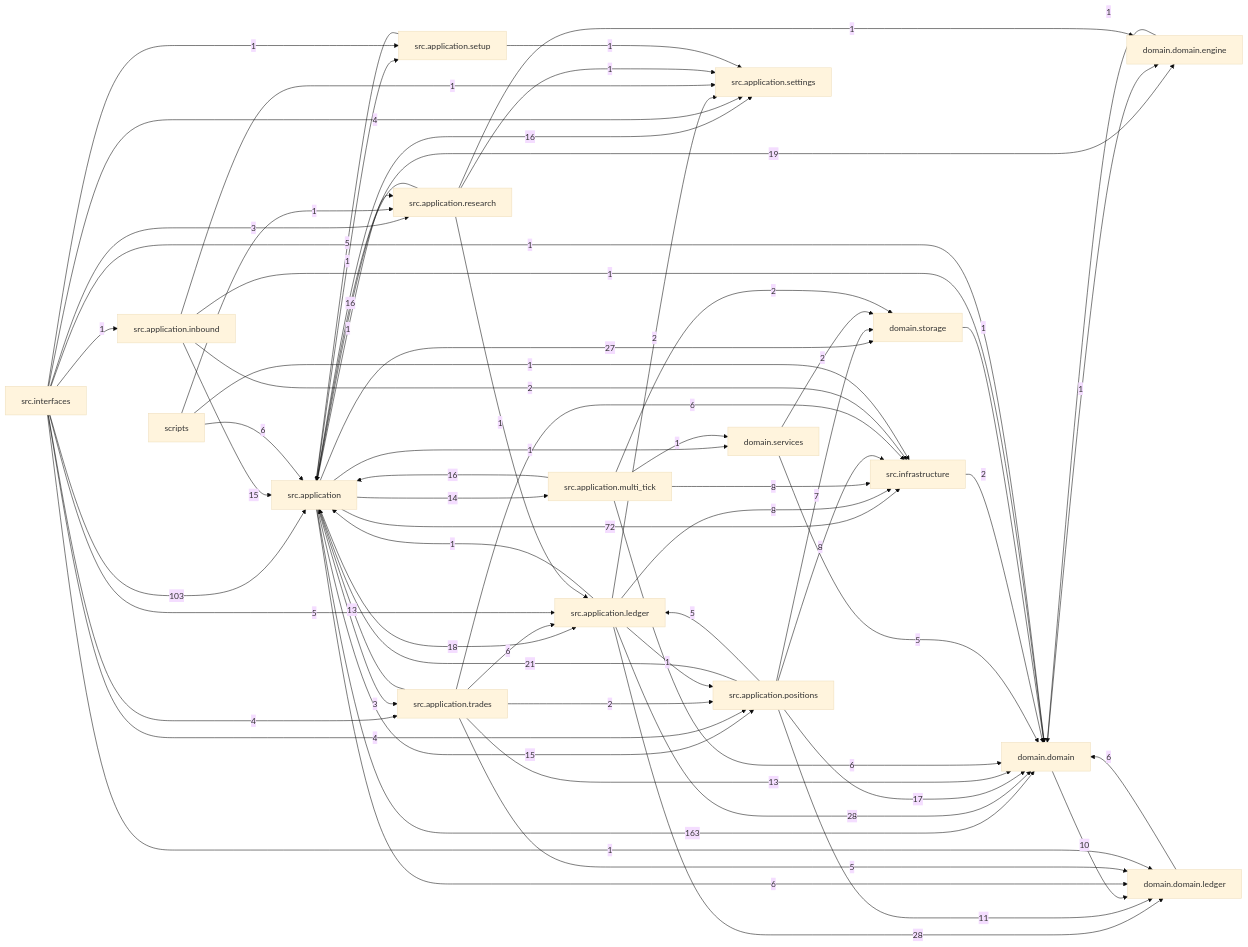
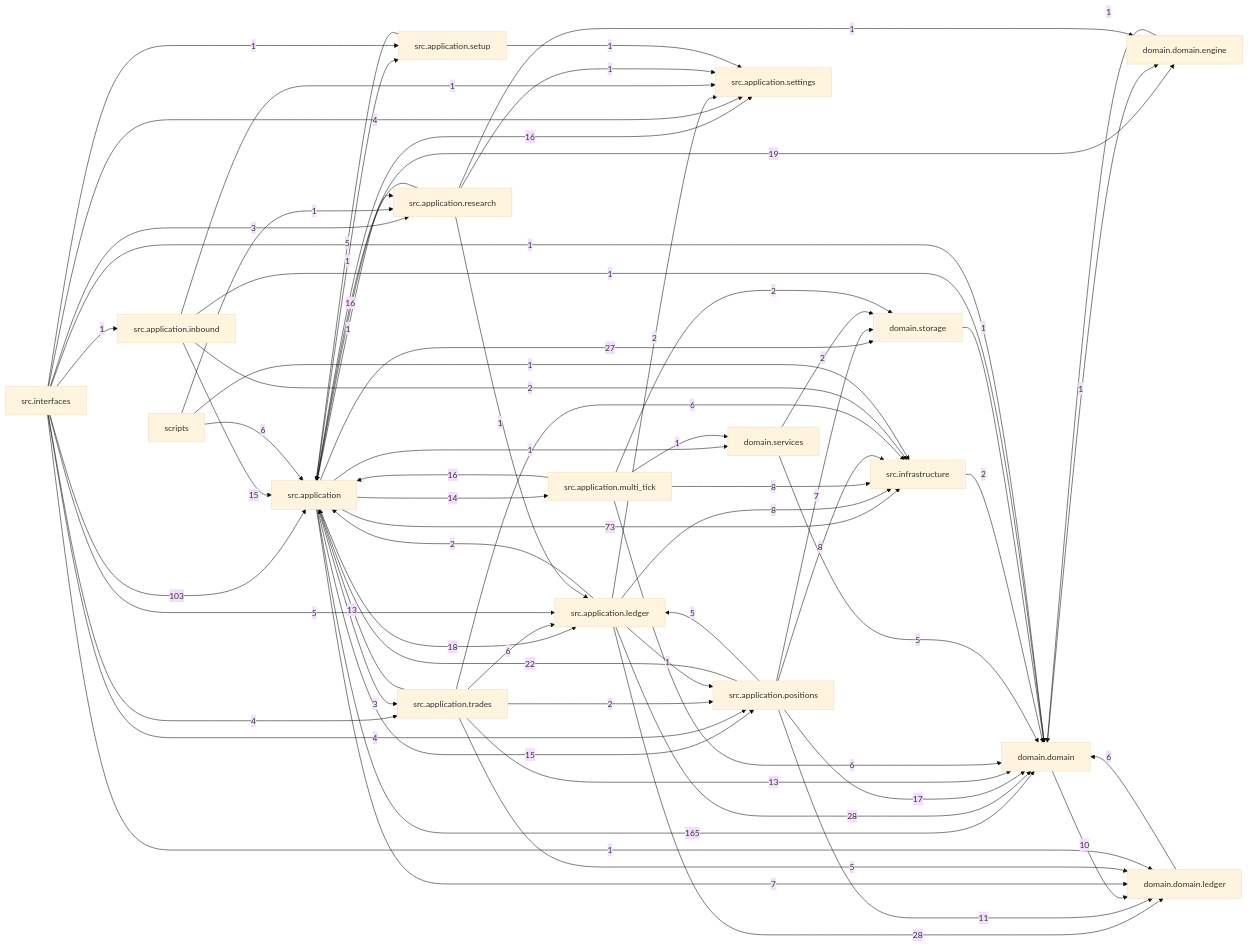
Before and after one commit to liuxie066/options-monitor: the diagram in docs/dependency_graph.mmd, drawn with Mermaid (base theme). The commit also changed 15 other files, not shown here.

```diff
--- a/docs/dependency_graph.mmd
+++ b/docs/dependency_graph.mmd
@@ -1,68 +1,68 @@
 flowchart LR
-  src_application["src.application"] -->|163| domain_domain["domain.domain"]
+  src_application["src.application"] -->|165| domain_domain["domain.domain"]
   src_interfaces["src.interfaces"] -->|103| src_application["src.application"]
-  src_application["src.application"] -->|72| src_infrastructure["src.infrastructure"]
+  src_application["src.application"] -->|73| src_infrastructure["src.infrastructure"]
   src_application_ledger["src.application.ledger"] -->|28| domain_domain["domain.domain"]
   src_application_ledger["src.application.ledger"] -->|28| domain_domain_ledger["domain.domain.ledger"]
   src_application["src.application"] -->|27| domain_storage["domain.storage"]
-  src_application_positions["src.application.positions"] -->|21| src_application["src.application"]
+  src_application_positions["src.application.positions"] -->|22| src_application["src.application"]
   src_application["src.application"] -->|19| domain_domain_engine["domain.domain.engine"]
   src_application["src.application"] -->|18| src_application_ledger["src.application.ledger"]
   src_application_positions["src.application.positions"] -->|17| domain_domain["domain.domain"]
   src_application["src.application"] -->|16| src_application_settings["src.application.settings"]
   src_application_multi_tick["src.application.multi_tick"] -->|16| src_application["src.application"]
   src_application_research["src.application.research"] -->|16| src_application["src.application"]
   src_application["src.application"] -->|15| src_application_positions["src.application.positions"]
   src_application_inbound["src.application.inbound"] -->|15| src_application["src.application"]
   src_application["src.application"] -->|14| src_application_multi_tick["src.application.multi_tick"]
   src_application_trades["src.application.trades"] -->|13| domain_domain["domain.domain"]
   src_application_trades["src.application.trades"] -->|13| src_application["src.application"]
   src_application_positions["src.application.positions"] -->|11| domain_domain_ledger["domain.domain.ledger"]
   domain_domain["domain.domain"] -->|10| domain_domain_ledger["domain.domain.ledger"]
   src_application_ledger["src.application.ledger"] -->|8| src_infrastructure["src.infrastructure"]
   src_application_multi_tick["src.application.multi_tick"] -->|8| src_infrastructure["src.infrastructure"]
   src_application_positions["src.application.positions"] -->|8| src_infrastructure["src.infrastructure"]
+  src_application["src.application"] -->|7| domain_domain_ledger["domain.domain.ledger"]
   src_application_positions["src.application.positions"] -->|7| domain_storage["domain.storage"]
   domain_domain_ledger["domain.domain.ledger"] -->|6| domain_domain["domain.domain"]
   scripts["scripts"] -->|6| src_application["src.application"]
-  src_application["src.application"] -->|6| domain_domain_ledger["domain.domain.ledger"]
   src_application_multi_tick["src.application.multi_tick"] -->|6| domain_domain["domain.domain"]
   src_application_trades["src.application.trades"] -->|6| src_application_ledger["src.application.ledger"]
   src_application_trades["src.application.trades"] -->|6| src_infrastructure["src.infrastructure"]
   domain_services["domain.services"] -->|5| domain_domain["domain.domain"]
   src_application_positions["src.application.positions"] -->|5| src_application_ledger["src.application.ledger"]
   src_application_setup["src.application.setup"] -->|5| src_application["src.application"]
   src_application_trades["src.application.trades"] -->|5| domain_domain_ledger["domain.domain.ledger"]
   src_interfaces["src.interfaces"] -->|5| src_application_ledger["src.application.ledger"]
   src_interfaces["src.interfaces"] -->|4| src_application_positions["src.application.positions"]
   src_interfaces["src.interfaces"] -->|4| src_application_settings["src.application.settings"]
   src_interfaces["src.interfaces"] -->|4| src_application_trades["src.application.trades"]
   src_application["src.application"] -->|3| src_application_trades["src.application.trades"]
   src_interfaces["src.interfaces"] -->|3| src_application_research["src.application.research"]
   domain_services["domain.services"] -->|2| domain_storage["domain.storage"]
   src_application_inbound["src.application.inbound"] -->|2| src_infrastructure["src.infrastructure"]
+  src_application_ledger["src.application.ledger"] -->|2| src_application["src.application"]
   src_application_ledger["src.application.ledger"] -->|2| src_application_settings["src.application.settings"]
   src_application_multi_tick["src.application.multi_tick"] -->|2| domain_storage["domain.storage"]
   src_application_trades["src.application.trades"] -->|2| src_application_positions["src.application.positions"]
   src_infrastructure["src.infrastructure"] -->|2| domain_domain["domain.domain"]
   domain_domain["domain.domain"] -->|1| domain_domain_engine["domain.domain.engine"]
   domain_domain_engine["domain.domain.engine"] -->|1| domain_domain["domain.domain"]
   domain_storage["domain.storage"] -->|1| domain_domain["domain.domain"]
   scripts["scripts"] -->|1| src_application_research["src.application.research"]
   scripts["scripts"] -->|1| src_infrastructure["src.infrastructure"]
   src_application["src.application"] -->|1| domain_services["domain.services"]
   src_application["src.application"] -->|1| src_application_research["src.application.research"]
   src_application["src.application"] -->|1| src_application_setup["src.application.setup"]
   src_application_inbound["src.application.inbound"] -->|1| domain_domain["domain.domain"]
   src_application_inbound["src.application.inbound"] -->|1| src_application_settings["src.application.settings"]
-  src_application_ledger["src.application.ledger"] -->|1| src_application["src.application"]
   src_application_ledger["src.application.ledger"] -->|1| src_application_positions["src.application.positions"]
   src_application_multi_tick["src.application.multi_tick"] -->|1| domain_services["domain.services"]
   src_application_research["src.application.research"] -->|1| domain_domain_engine["domain.domain.engine"]
   src_application_research["src.application.research"] -->|1| src_application_ledger["src.application.ledger"]
   src_application_research["src.application.research"] -->|1| src_application_settings["src.application.settings"]
   src_application_setup["src.application.setup"] -->|1| src_application_settings["src.application.settings"]
   src_interfaces["src.interfaces"] -->|1| domain_domain["domain.domain"]
   src_interfaces["src.interfaces"] -->|1| domain_domain_ledger["domain.domain.ledger"]
   src_interfaces["src.interfaces"] -->|1| src_application_inbound["src.application.inbound"]
   src_interfaces["src.interfaces"] -->|1| src_application_setup["src.application.setup"]
```
